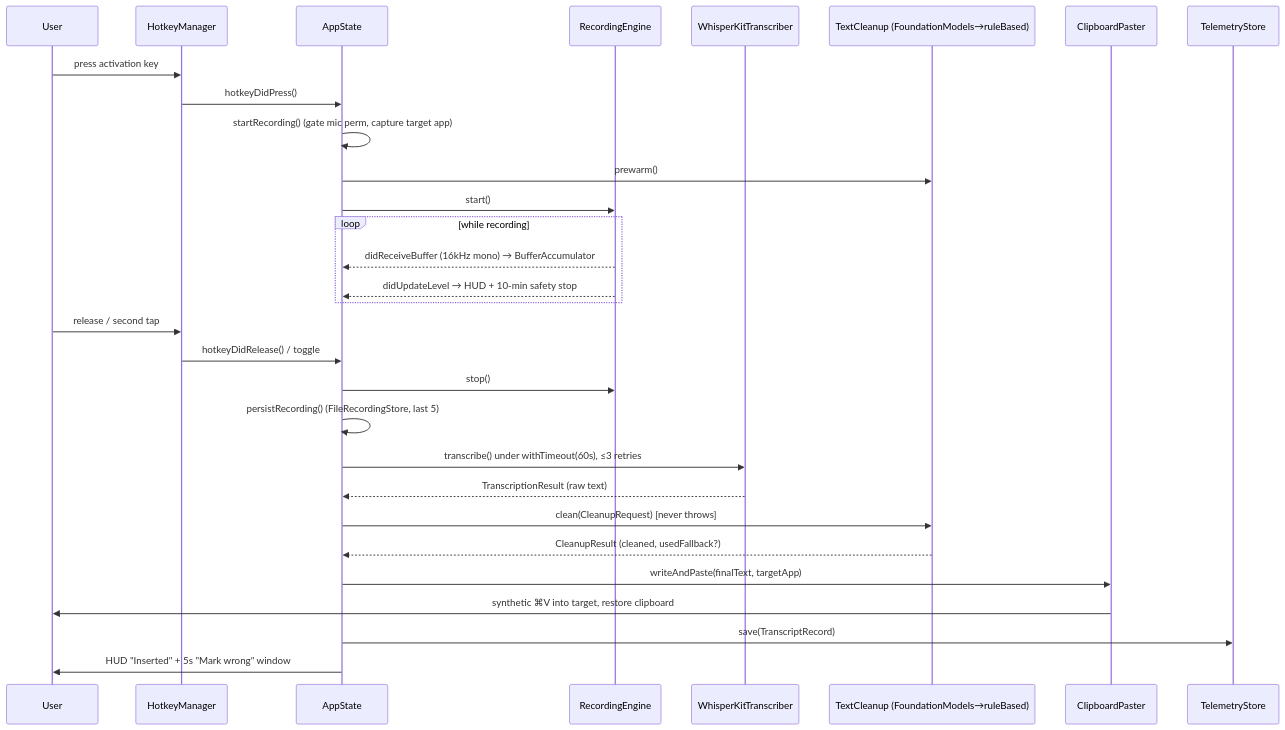
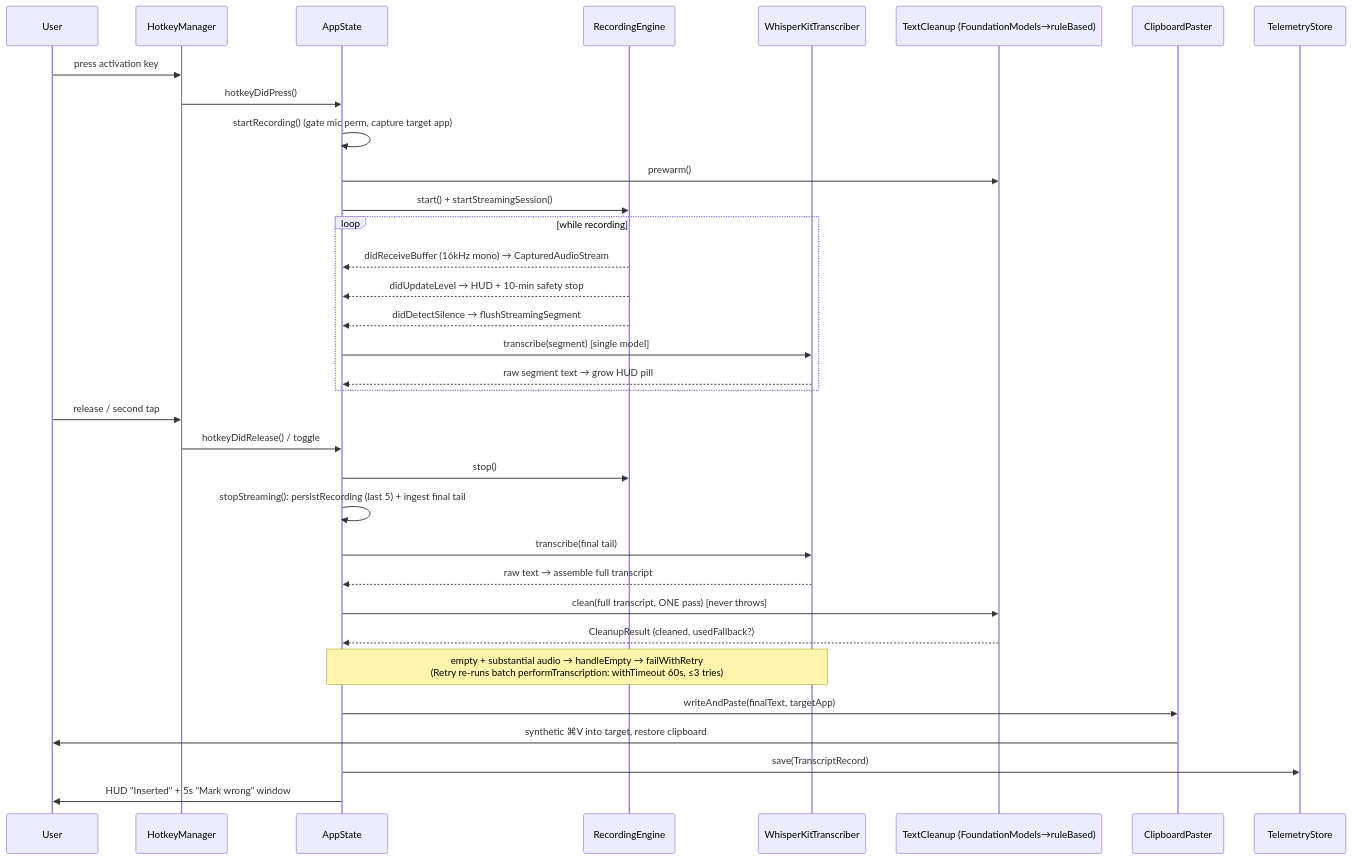
The diagram in dictation/docs/flows.md (trikabijal/roadtosale), drawn with Mermaid before and after one commit. The commit also changed other lines of this file and 22 other files, not shown here.

First line of the commit message:
feat(dictation): rebuild engine — durable capture, once-at-stop cleanup, correct batch output

````diff
--- a/dictation/docs/flows.md
+++ b/dictation/docs/flows.md
@@ -77,33 +94,37 @@
 ```mermaid
 sequenceDiagram
     participant U as User
     participant HK as HotkeyManager
     participant AS as AppState
     participant RE as RecordingEngine
     participant WK as WhisperKitTranscriber
     participant CL as TextCleanup (FoundationModels→ruleBased)
     participant CP as ClipboardPaster
     participant TS as TelemetryStore
 
     U->>HK: press activation key
     HK->>AS: hotkeyDidPress()
     AS->>AS: startRecording() (gate mic perm, capture target app)
     AS->>CL: prewarm()
-    AS->>RE: start()
+    AS->>RE: start() + startStreamingSession()
     loop while recording
-        RE-->>AS: didReceiveBuffer (16kHz mono) → BufferAccumulator
+        RE-->>AS: didReceiveBuffer (16kHz mono) → CapturedAudioStream
         RE-->>AS: didUpdateLevel → HUD + 10-min safety stop
+        RE-->>AS: didDetectSilence → flushStreamingSegment
+        AS->>WK: transcribe(segment) [single model]
+        WK-->>AS: raw segment text → grow HUD pill
     end
     U->>HK: release / second tap
     HK->>AS: hotkeyDidRelease() / toggle
     AS->>RE: stop()
-    AS->>AS: persistRecording() (FileRecordingStore, last 5)
-    AS->>WK: transcribe() under withTimeout(60s), ≤3 retries
-    WK-->>AS: TranscriptionResult (raw text)
-    AS->>CL: clean(CleanupRequest) [never throws]
+    AS->>AS: stopStreaming(): persistRecording (last 5) + ingest final tail
+    AS->>WK: transcribe(final tail)
+    WK-->>AS: raw text → assemble full transcript
+    AS->>CL: clean(full transcript, ONE pass) [never throws]
     CL-->>AS: CleanupResult (cleaned, usedFallback?)
+    Note over AS,WK: empty + substantial audio → handleEmpty → failWithRetry<br/>(Retry re-runs batch performTranscription: withTimeout 60s, ≤3 tries)
     AS->>CP: writeAndPaste(finalText, targetApp)
     CP->>U: synthetic ⌘V into target, restore clipboard
     AS->>TS: save(TranscriptRecord)
     AS->>U: HUD "Inserted" + 5s "Mark wrong" window
 ```
````
